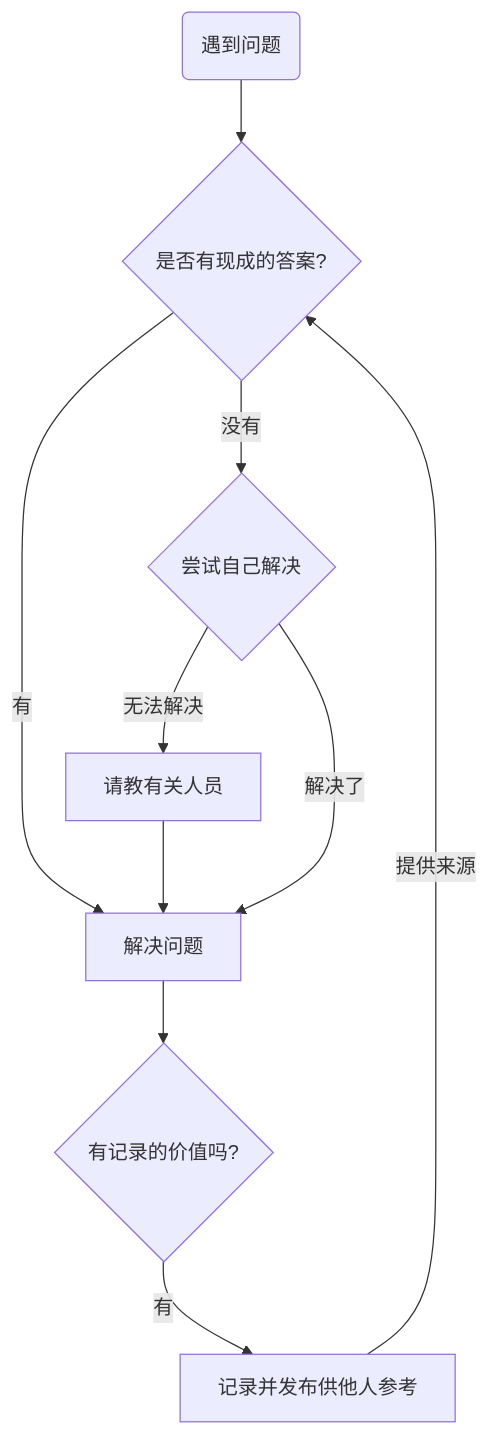
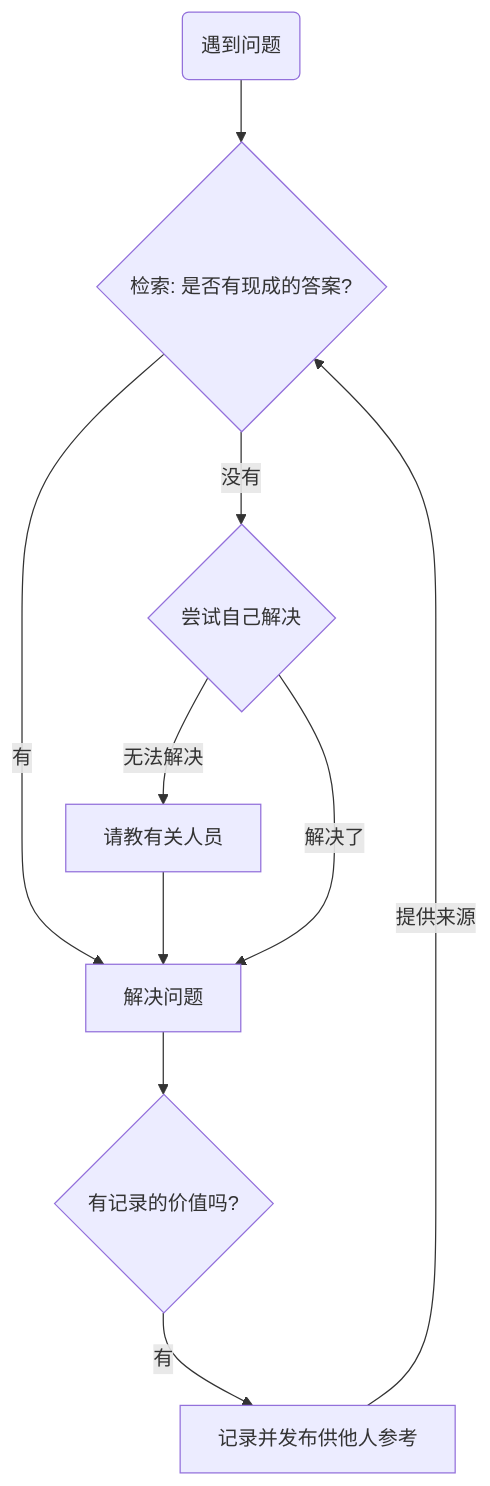
One commit to smu-guigu/smu-guigu.github.io changed the diagram in docs/post/how-to-solve-problem.md. Above: the diagram before and after it, drawn with Mermaid. The commit also changed other lines of this file and 4 other files, not shown here.

````diff
--- a/docs/post/how-to-solve-problem.md
+++ b/docs/post/how-to-solve-problem.md
@@ -5,11 +9,11 @@
   ```mermaid
-  graph TB
-  A(遇到问题) --> B{是否有现成的答案?}
-  B --> |有| Q[解决问题]
-  B --> |没有| C{尝试自己解决}
-  C --> |无法解决| D[请教有关人员] --> Q
-  C --> |解决了| Q
-  Q --> E{有记录的价值吗?}
-  E --> |有| F[记录并发布供他人参考]
-  F --> |提供来源| B
+  graph TD
+  A(遇到问题)-->B{检索: 是否有现成的答案?}
+  B-->|有|Q[解决问题]
+  B-->|没有| C{尝试自己解决}
+  C-->|无法解决|D[请教有关人员]-->Q
+  C-->|解决了|Q
+  Q-->E{有记录的价值吗?}
+  E-->|有| F[记录并发布供他人参考]
+  F-->|提供来源|B
   ```
````
